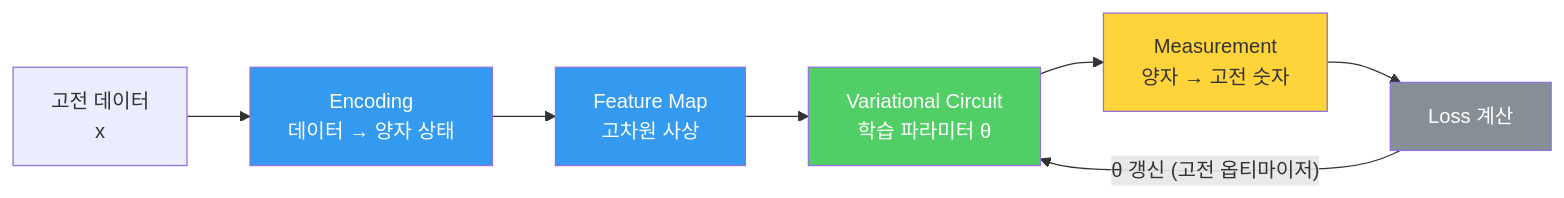
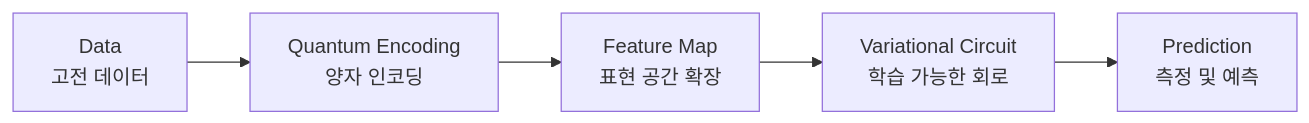
The diagram in ComputerScience/03_ai-ml-data/quantum-ml/05. QML에서 Quantum의 역할.md (umyunsang/edu), drawn with Mermaid before and after one commit. The commit also changed other lines of this file, not shown here.

Commit message:
Auto-save: Updated ComputerScience/03_ai-ml-data/quantum-ml/05. QML에서 Quantum의 역할.md

````diff
--- a/ComputerScience/03_ai-ml-data/quantum-ml/05. QML에서 Quantum의 역할.md
+++ b/ComputerScience/03_ai-ml-data/quantum-ml/05. QML에서 Quantum의 역할.md
@@ -40,15 +33,7 @@
 ```mermaid
 flowchart LR
-    D["고전 데이터<br/>x"] --> E["Encoding<br/>데이터 → 양자 상태"]
-    E --> F["Feature Map<br/>고차원 사상"]
-    F --> V["Variational Circuit<br/>학습 파라미터 θ"]
-    V --> M["Measurement<br/>양자 → 고전 숫자"]
-    M --> L["Loss 계산"]
-    L -->|"θ 갱신 (고전 옵티마이저)"| V
-
-    style E fill:#339af0,color:#fff
-    style F fill:#339af0,color:#fff
-    style V fill:#51cf66,color:#fff
-    style M fill:#ffd43b,color:#333
-    style L fill:#868e96,color:#fff
+    D["Data<br/>고전 데이터"] --> E["Quantum Encoding<br/>양자 인코딩"]
+    E --> F["Feature Map<br/>표현 공간 확장"]
+    F --> V["Variational Circuit<br/>학습 가능한 회로"]
+    V --> P["Prediction<br/>측정 및 예측"]
 ```
````
